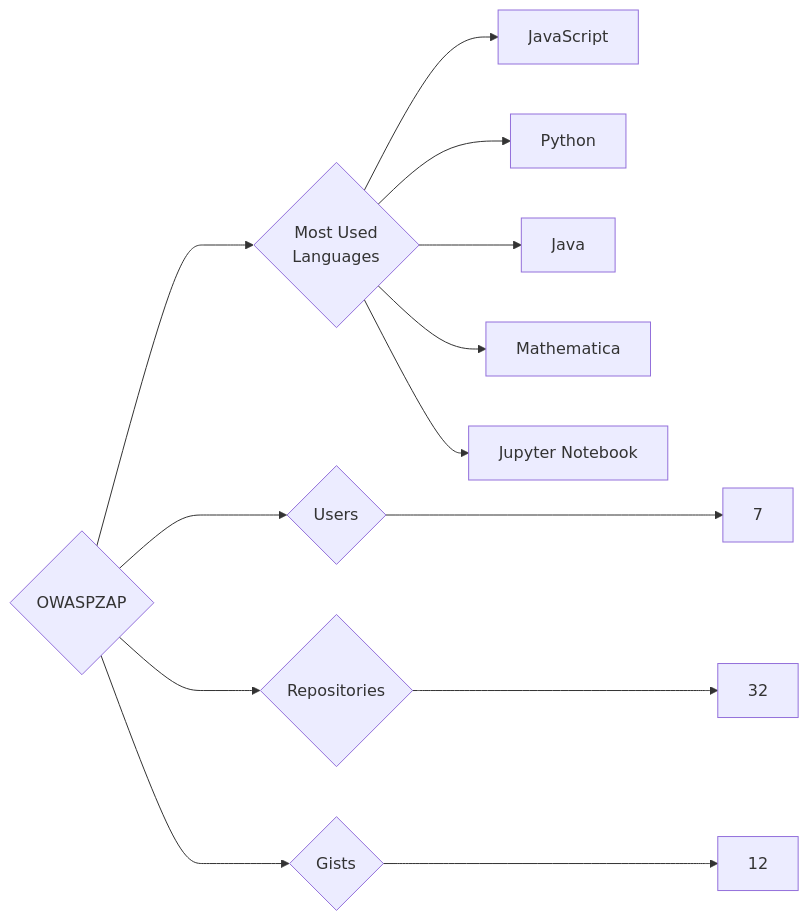
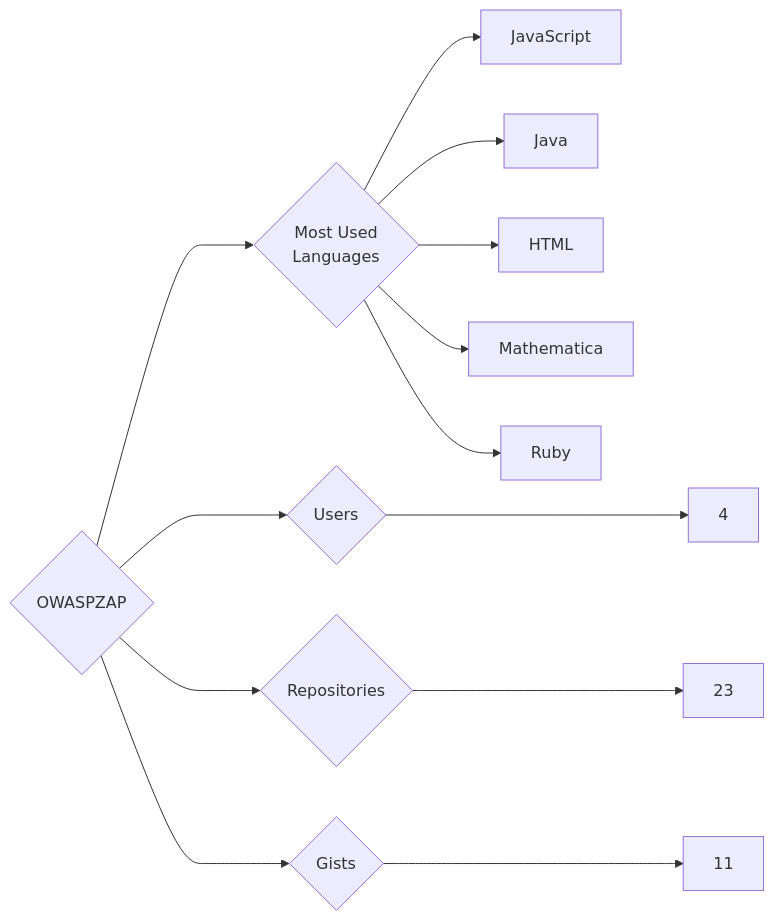
Before and after one commit to trickest/insiders: the diagram in targets/OWASPZAP/README.md, drawn with Mermaid. The commit also changed 1508 other files, not shown here.

````diff
--- a/targets/OWASPZAP/README.md
+++ b/targets/OWASPZAP/README.md
@@ -3,13 +3,13 @@
 ```mermaid
 graph LR
 COMPANY_NAME{OWASPZAP}
-COMPANY_NAME ---> U{Users} ---> UN[7]
-COMPANY_NAME ---> R{Repositories} ---> RN[32]
-COMPANY_NAME ---> G{Gists} ---> GN[12]
+COMPANY_NAME ---> U{Users} ---> UN[4]
+COMPANY_NAME ---> R{Repositories} ---> RN[23]
+COMPANY_NAME ---> G{Gists} ---> GN[11]
 COMPANY_NAME ---> ML{Most Used<br>Languages}
 ML --> JavaScript[JavaScript]
-ML --> Python[Python]
 ML --> Java[Java]
+ML --> HTML[HTML]
 ML --> Mathematica[Mathematica]
-ML --> Jupyter_Notebook[Jupyter Notebook]
+ML --> Ruby[Ruby]
 ```
````
